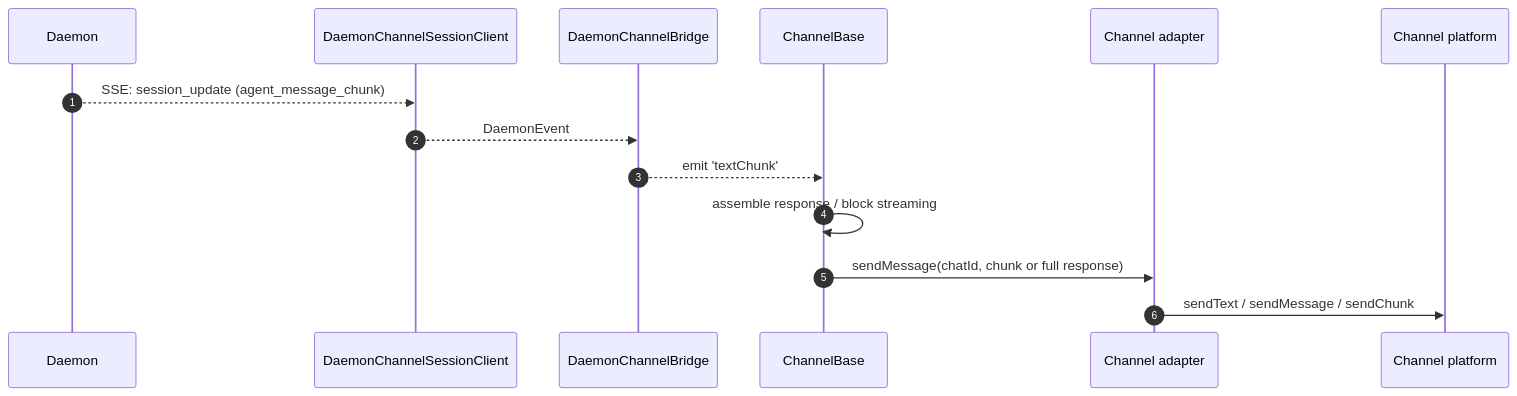
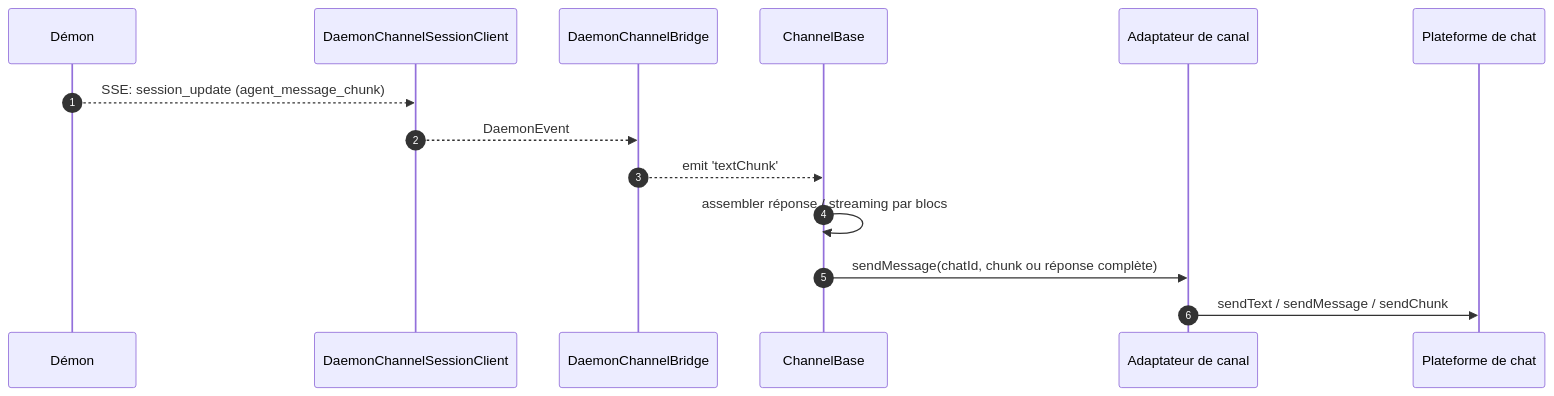
Before and after one commit to QwenLM/qwen-code-docs: the second of 3 diagrams in website/content/fr/developers/daemon/15-channel-adapters.md, drawn with Mermaid. The commit also changed other lines of this file and 1077 other files, not shown here.

````diff
--- a/website/content/fr/developers/daemon/15-channel-adapters.md
+++ b/website/content/fr/developers/daemon/15-channel-adapters.md
@@ -114,17 +115,17 @@
 ```mermaid
 sequenceDiagram
     autonumber
-    participant D as Daemon
+    participant D as Démon
     participant SC as DaemonChannelSessionClient
     participant BR as DaemonChannelBridge
     participant CB as ChannelBase
-    participant AD as Channel adapter
-    participant CH as Channel platform
+    participant AD as Adaptateur de canal
+    participant CH as Plateforme de chat
 
     D-->>SC: SSE: session_update (agent_message_chunk)
     SC-->>BR: DaemonEvent
     BR-->>CB: emit 'textChunk'
-    CB->>CB: assemble response / block streaming
-    CB->>AD: sendMessage(chatId, chunk or full response)
+    CB->>CB: assembler réponse / streaming par blocs
+    CB->>AD: sendMessage(chatId, chunk ou réponse complète)
     AD->>CH: sendText / sendMessage / sendChunk
 ```
````
